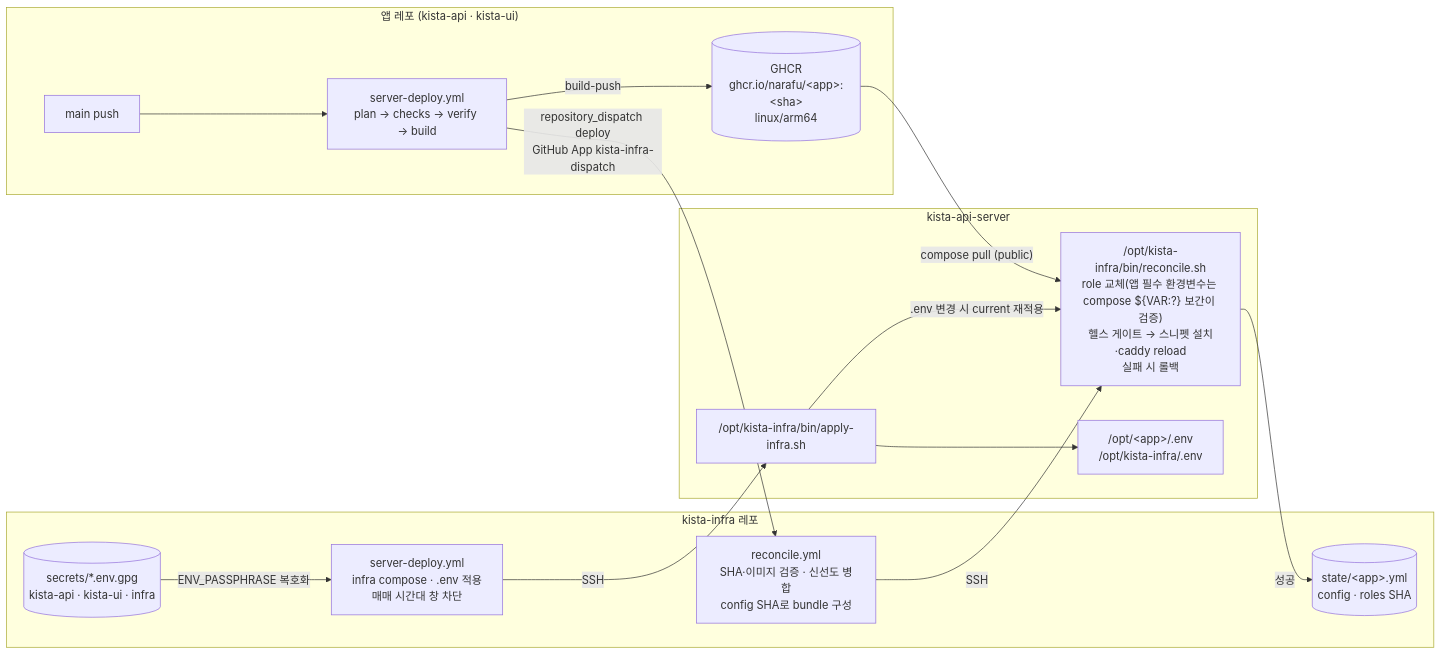
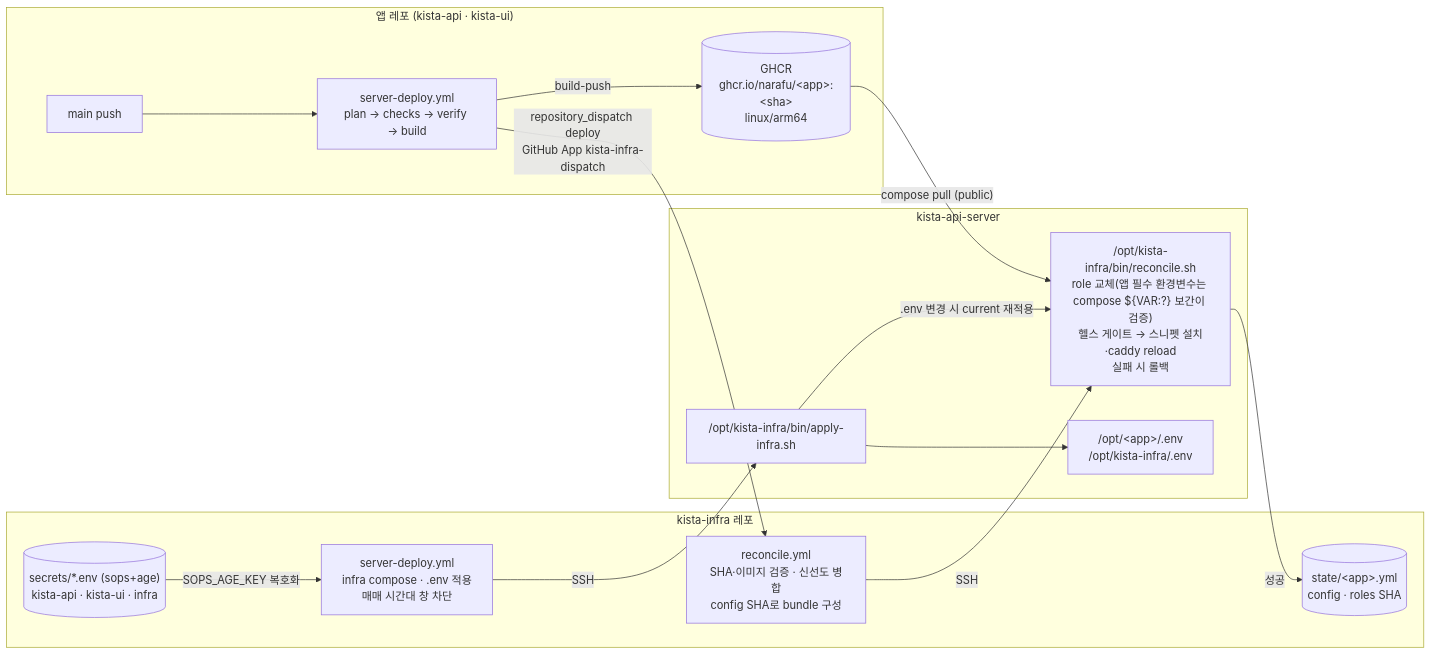
Before and after one commit to narafu/kista-api: the third of 6 diagrams in docs/architecture-map.md, drawn with Mermaid. The commit also changed other lines of this file and 3 other files, not shown here.

````diff
--- a/docs/architecture-map.md
+++ b/docs/architecture-map.md
@@ -123,30 +123,30 @@
 ```mermaid
 flowchart LR
     subgraph APPREPO["앱 레포 (kista-api · kista-ui)"]
         PUSH["main push"]
         WF["server-deploy.yml<br/>plan → checks → verify → build"]
         GHCR[("GHCR<br/>ghcr.io/narafu/#lt;app#gt;:#lt;sha#gt;<br/>linux/arm64")]
     end
 
     subgraph INFRA["kista-infra 레포"]
         REC["reconcile.yml<br/>SHA·이미지 검증 · 신선도 병합<br/>config SHA로 bundle 구성"]
         STATE[("state/#lt;app#gt;.yml<br/>config · roles SHA")]
         SD["server-deploy.yml<br/>infra compose · .env 적용<br/>매매 시간대 창 차단"]
-        SEC[("secrets/*.env.gpg<br/>kista-api · kista-ui · infra")]
+        SEC[("secrets/*.env (sops+age)<br/>kista-api · kista-ui · infra")]
     end
 
     subgraph SRV["kista-api-server"]
         RSH["/opt/kista-infra/bin/reconcile.sh<br/>role 교체(앱 필수 환경변수는 compose ${VAR:?} 보간이 검증)<br/>헬스 게이트 → 스니펫 설치·caddy reload<br/>실패 시 롤백"]
         AINF["/opt/kista-infra/bin/apply-infra.sh"]
         ENV["/opt/#lt;app#gt;/.env<br/>/opt/kista-infra/.env"]
     end
 
     PUSH --> WF -->|build-push| GHCR
     WF -->|"repository_dispatch deploy<br/>GitHub App kista-infra-dispatch"| REC
     REC -->|SSH| RSH
     GHCR -->|"compose pull (public)"| RSH
     RSH -->|성공| STATE
-    SEC -->|"ENV_PASSPHRASE 복호화"| SD
+    SEC -->|"SOPS_AGE_KEY 복호화"| SD
     SD -->|SSH| AINF --> ENV
     AINF -->|".env 변경 시 current 재적용"| RSH
 ```
````
